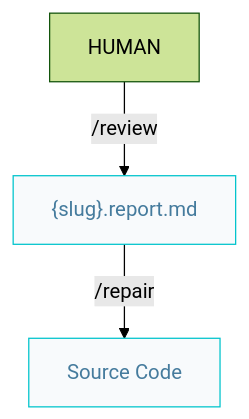
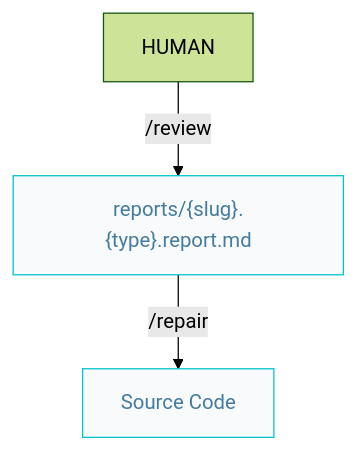
The first of 2 diagrams in docs/craftsman.pipelines.md (AIDDbot/AIDDbot), drawn with Mermaid (forest theme) before and after one commit. The commit also changed other lines of this file and 13 other files, not shown here.

````diff
--- a/docs/craftsman.pipelines.md
+++ b/docs/craftsman.pipelines.md
@@ -5,11 +9,11 @@
 ```mermaid
 flowchart TD  
   HUM[HUMAN]
-  RPT["{slug}.report.md"]:::nd
+  RPT["reports/{slug}.{type}.report.md"]:::nd
   COD[Source Code]:::nd
 
   HUM -->|/review| RPT
   RPT -->|/repair| COD
  
   classDef nd fill:#f8fafc,stroke:#00c4cc,color:#457b9d
 ```
````
